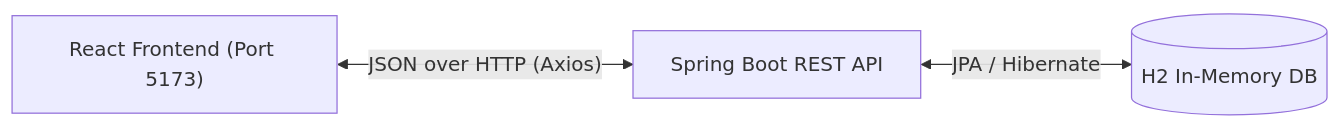
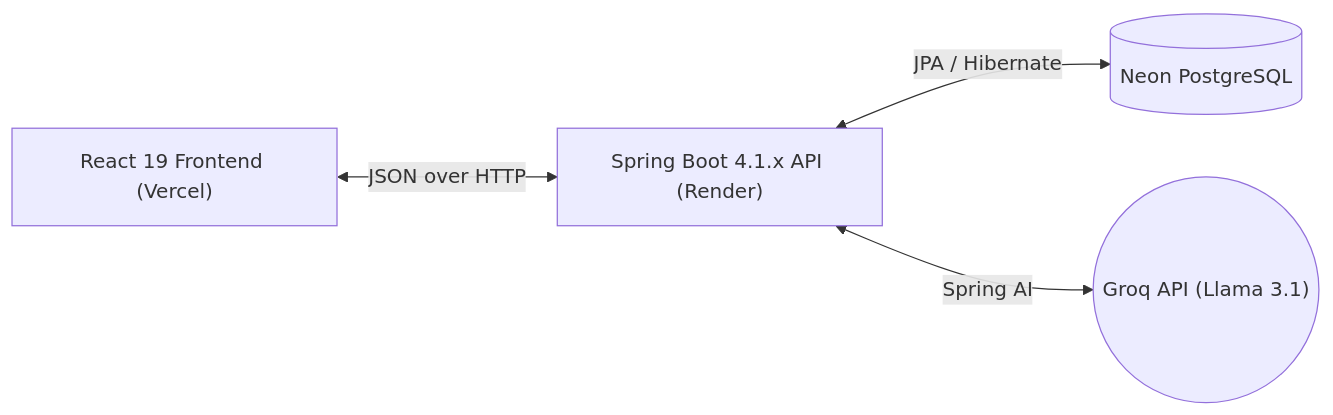
One commit to VSK-777/InternSpark-Internship changed the diagram in TASK-4/README.md. Above: the diagram before and after it, drawn with Mermaid. The commit also changed other lines of this file and 26 other files, not shown here.

````diff
--- a/TASK-4/README.md
+++ b/TASK-4/README.md
@@ -20,5 +22,6 @@
 ```mermaid
 flowchart LR
-    A["React Frontend (Port 5173)"] <-->|"JSON over HTTP (Axios)"| B["Spring Boot REST API"]
-    B <-->|"JPA / Hibernate"| C[("H2 In-Memory DB")]
+    A["React 19 Frontend (Vercel)"] <-->|"JSON over HTTP"| B["Spring Boot 4.1.x API (Render)"]
+    B <-->|"JPA / Hibernate"| C[("Neon PostgreSQL")]
+    B <-->|"Spring AI"| D(("Groq API (Llama 3.1)"))
 ```
````
